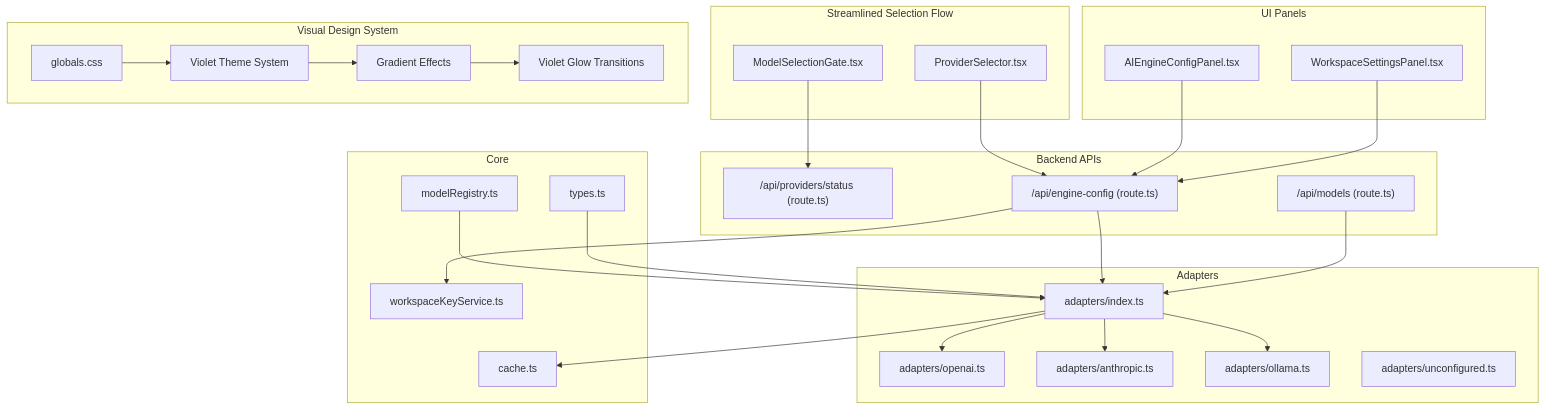
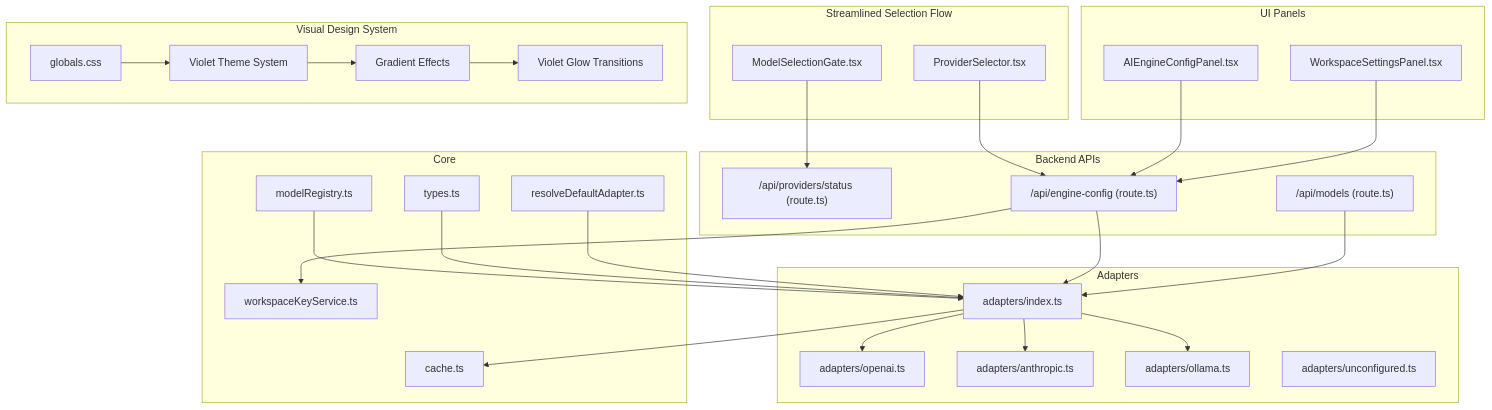
One commit to shekhargiri005-dotcom/AI-powered-accessibility-first-UI-engine changed the first of 13 diagrams in .qoder/repowiki/en/content/AI Generation Engine/Model Configuration & Selection/Model Configuration & Selection.md. Above: the diagram before and after it, drawn with Mermaid. The commit also changed other lines of this file and 8 other files, not shown here.

````diff
--- a/.qoder/repowiki/en/content/AI Generation Engine/Model Configuration & Selection/Model Configuration & Selection.md
+++ b/.qoder/repowiki/en/content/AI Generation Engine/Model Configuration & Selection/Model Configuration & Selection.md
@@ -72,51 +79,53 @@
 ```mermaid
 graph TB
 subgraph "Streamlined Selection Flow"
 MSG["ModelSelectionGate.tsx"]
 PS["ProviderSelector.tsx"]
 end
 subgraph "Backend APIs"
 PSAPI["/api/providers/status (route.ts)"]
 EC["/api/engine-config (route.ts)"]
 AM["/api/models (route.ts)"]
 end
 subgraph "UI Panels"
 AEC["AIEngineConfigPanel.tsx"]
 WSP["WorkspaceSettingsPanel.tsx"]
 end
 subgraph "Adapters"
 IDX["adapters/index.ts"]
 OA["adapters/openai.ts"]
 AA["adapters/anthropic.ts"]
 OL["adapters/ollama.ts"]
 UA["adapters/unconfigured.ts"]
 end
 subgraph "Core"
 MR["modelRegistry.ts"]
 TY["types.ts"]
 WS["workspaceKeyService.ts"]
 CA["cache.ts"]
+RDA["resolveDefaultAdapter.ts"]
 end
 subgraph "Visual Design System"
 CSS["globals.css"]
 VIOLET["Violet Theme System"]
 GRADIENTS["Gradient Effects"]
 GLOW["Violet Glow Transitions"]
 end
 MSG --> PSAPI
 PS --> EC
 AEC --> EC
 WSP --> EC
 EC --> WS
 EC --> IDX
 AM --> IDX
 IDX --> OA
 IDX --> AA
 IDX --> OL
 IDX --> CA
 MR --> IDX
 TY --> IDX
 CSS --> VIOLET
 VIOLET --> GRADIENTS
 GRADIENTS --> GLOW
+RDA --> IDX
 ```
````
